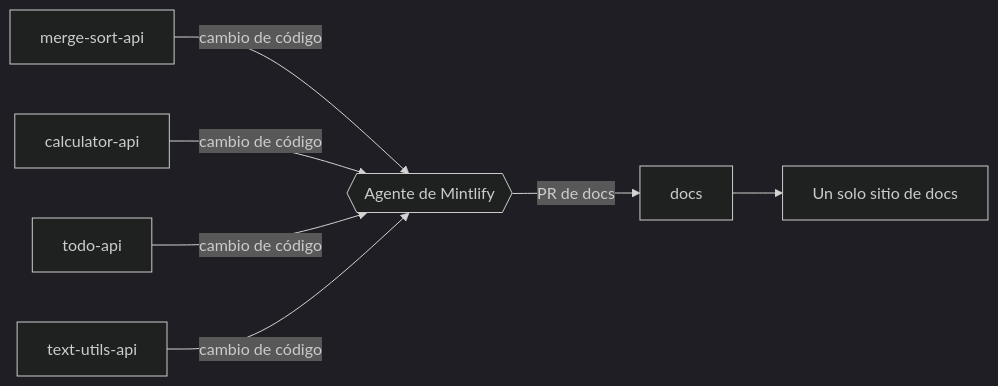
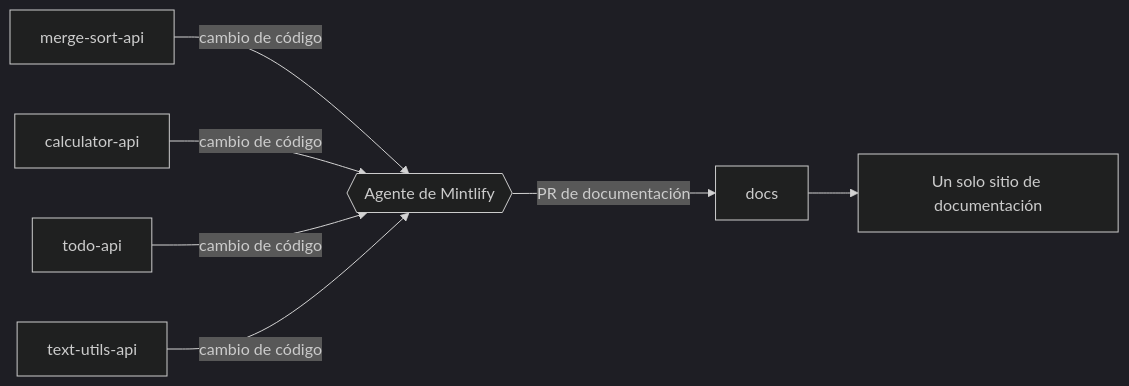
One commit to mintlify-demo/docs changed the diagram in es/quickstart.mdx. Above: the diagram before and after it, drawn with Mermaid (dark theme). The commit also changed other lines of this file and 76 other files, not shown here.

````diff
--- a/es/quickstart.mdx
+++ b/es/quickstart.mdx
@@ -108,9 +114,9 @@
 ```mermaid
 flowchart LR
     A[merge-sort-api] -- cambio de código --> M{{Agente de Mintlify}}
     B[calculator-api] -- cambio de código --> M
     C[todo-api] -- cambio de código --> M
     D[text-utils-api] -- cambio de código --> M
-    M -- PR de docs --> E[docs]
-    E --> S[Un solo sitio de docs]
+    M -- PR de documentación --> E[docs]
+    E --> S[Un solo sitio de documentación]
 ```
````
